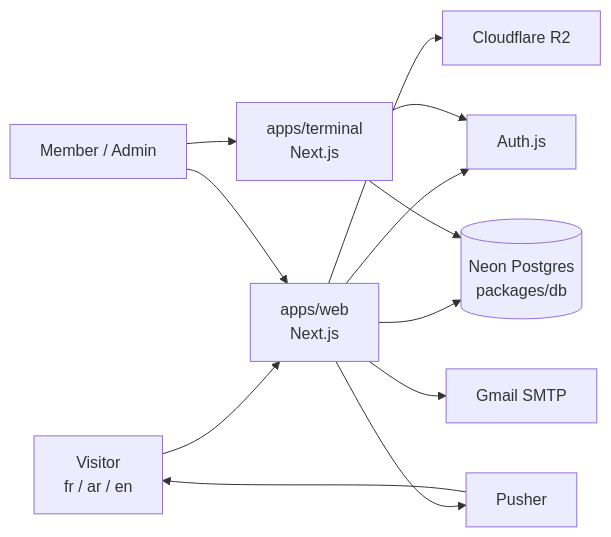
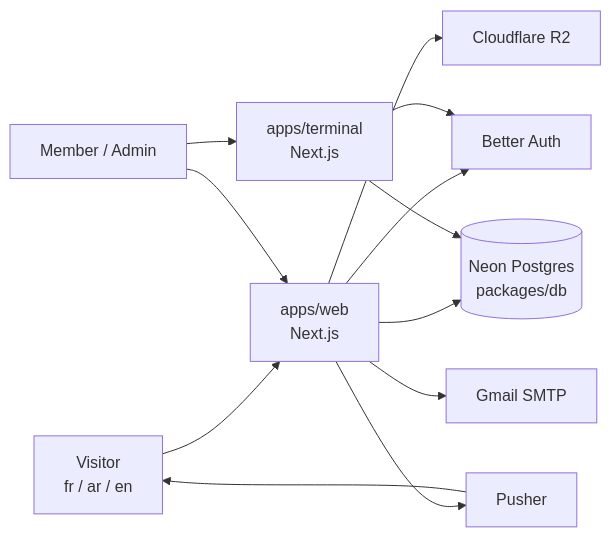
The first of 2 diagrams in docs/SPEC.md (ocorg/solident_terminal), drawn with Mermaid before and after one commit. The commit also changed other lines of this file and 21 other files, not shown here.

First line of the commit message:
feat(web): Better Auth magic-link login and /admin guard

````diff
--- a/docs/SPEC.md
+++ b/docs/SPEC.md
@@ -147,14 +147,14 @@
 ```mermaid
 flowchart LR
   V[Visitor<br/>fr / ar / en] --> W[apps/web<br/>Next.js]
   M[Member / Admin] --> W
   M --> T[apps/terminal<br/>Next.js]
-  W --> A[Auth.js]
+  W --> A[Better Auth]
   T --> A
   W --> DB[(Neon Postgres<br/>packages/db)]
   T --> DB
   W --> R2[Cloudflare R2]
   W --> P[Pusher]
   P --> V
   W --> E[Gmail SMTP]
 ```
````
